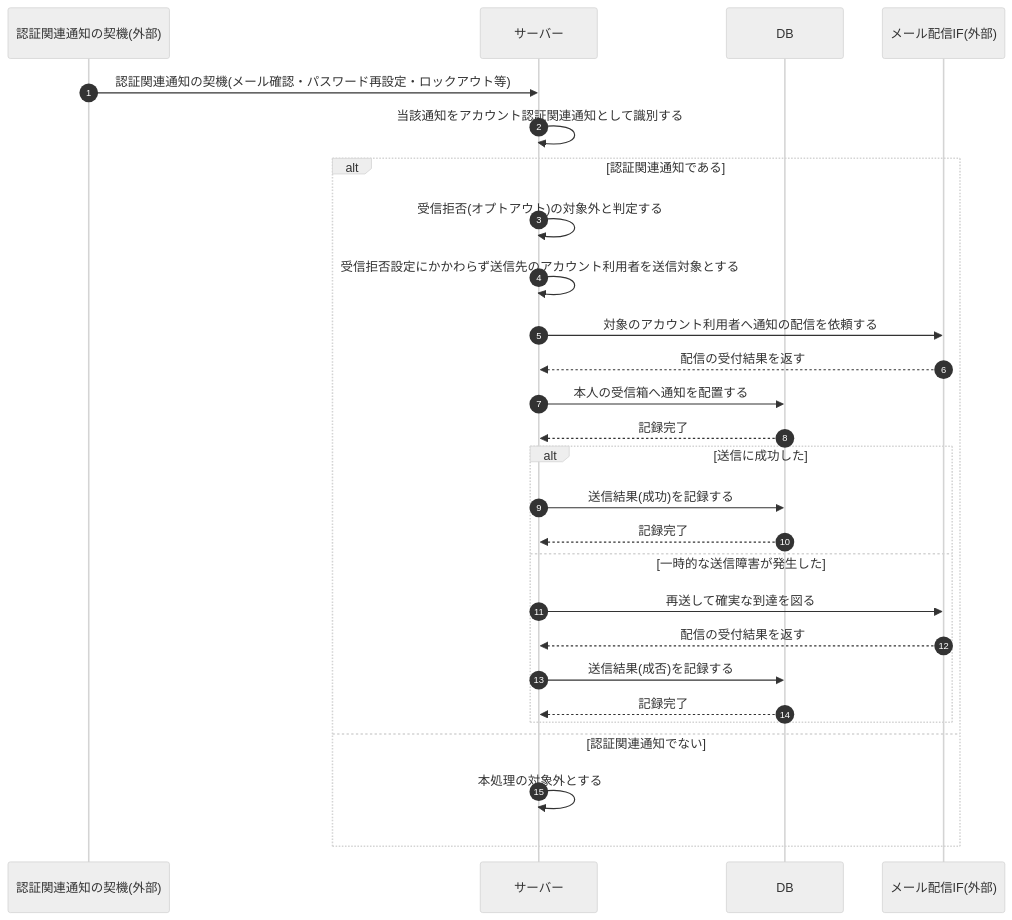
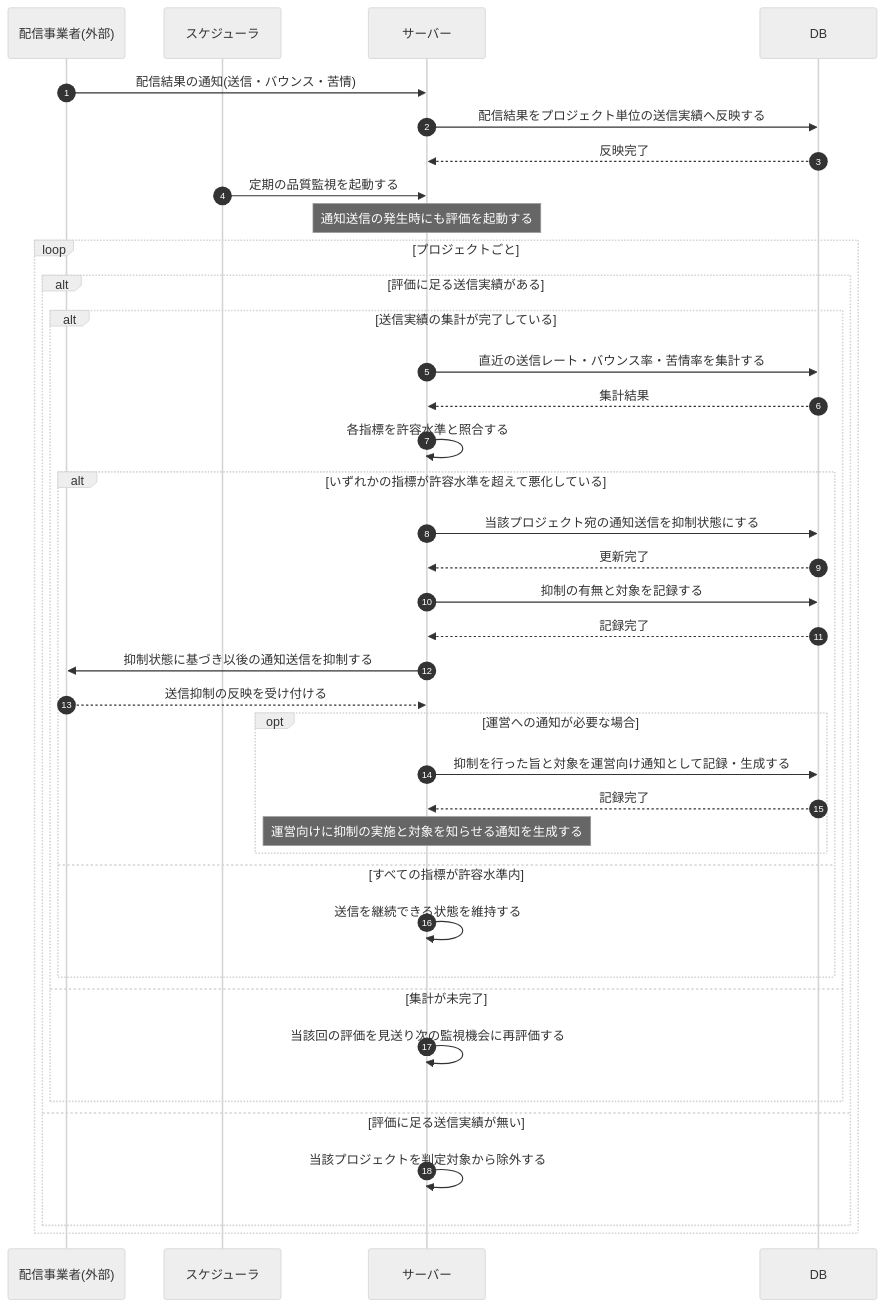
Before and after one commit to sikakou54/open-faq: the diagram in 02_basic_design/03_sequences/SEQ-111.md, drawn with Mermaid (neutral theme). The commit also changed other lines of this file and 99 other files, not shown here.

````diff
--- a/02_basic_design/03_sequences/SEQ-111.md
+++ b/02_basic_design/03_sequences/SEQ-111.md
@@ -25,29 +25,41 @@
 ```mermaid
 sequenceDiagram
   autonumber
-  participant TRG as 認証関連通知の契機(外部)
+  participant ESP as 配信事業者(外部)
+  participant SCH as スケジューラ
   participant Server as サーバー
   participant DB as DB
-  participant Email as メール配信IF(外部)
-  TRG->>Server: 認証関連通知の契機(メール確認・パスワード再設定・ロックアウト等)
-  Server->>Server: 当該通知をアカウント認証関連通知として識別する
-  alt 認証関連通知である
-    Server->>Server: 受信拒否(オプトアウト)の対象外と判定する
-    Server->>Server: 受信拒否設定にかかわらず送信先のアカウント利用者を送信対象とする
-    Server->>Email: 対象のアカウント利用者へ通知の配信を依頼する
-    Email-->>Server: 配信の受付結果を返す
-    Server->>DB: 本人の受信箱へ通知を配置する
-    DB-->>Server: 記録完了
-    alt 送信に成功した
-      Server->>DB: 送信結果(成功)を記録する
-      DB-->>Server: 記録完了
-    else 一時的な送信障害が発生した
-      Server->>Email: 再送して確実な到達を図る
-      Email-->>Server: 配信の受付結果を返す
-      Server->>DB: 送信結果(成否)を記録する
-      DB-->>Server: 記録完了
+  ESP->>Server: 配信結果の通知(送信・バウンス・苦情)
+  Server->>DB: 配信結果をプロジェクト単位の送信実績へ反映する
+  DB-->>Server: 反映完了
+  SCH->>Server: 定期の品質監視を起動する
+  Note over Server: 通知送信の発生時にも評価を起動する
+  loop プロジェクトごと
+    alt 評価に足る送信実績がある
+      alt 送信実績の集計が完了している
+        Server->>DB: 直近の送信レート・バウンス率・苦情率を集計する
+        DB-->>Server: 集計結果
+        Server->>Server: 各指標を許容水準と照合する
+        alt いずれかの指標が許容水準を超えて悪化している
+          Server->>DB: 当該プロジェクト宛の通知送信を抑制状態にする
+          DB-->>Server: 更新完了
+          Server->>DB: 抑制の有無と対象を記録する
+          DB-->>Server: 記録完了
+          Server->>ESP: 抑制状態に基づき以後の通知送信を抑制する
+          ESP-->>Server: 送信抑制の反映を受け付ける
+          opt 運営への通知が必要な場合
+            Server->>DB: 抑制を行った旨と対象を運営向け通知として記録・生成する
+            DB-->>Server: 記録完了
+            Note over Server: 運営向けに抑制の実施と対象を知らせる通知を生成する
+          end
+        else すべての指標が許容水準内
+          Server->>Server: 送信を継続できる状態を維持する
+        end
+      else 集計が未完了
+        Server->>Server: 当該回の評価を見送り次の監視機会に再評価する
+      end
+    else 評価に足る送信実績が無い
+      Server->>Server: 当該プロジェクトを判定対象から除外する
     end
-  else 認証関連通知でない
-    Server->>Server: 本処理の対象外とする
   end
 ```
````
